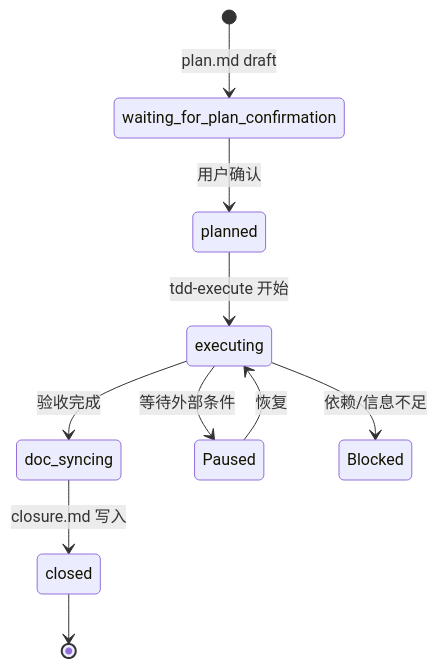
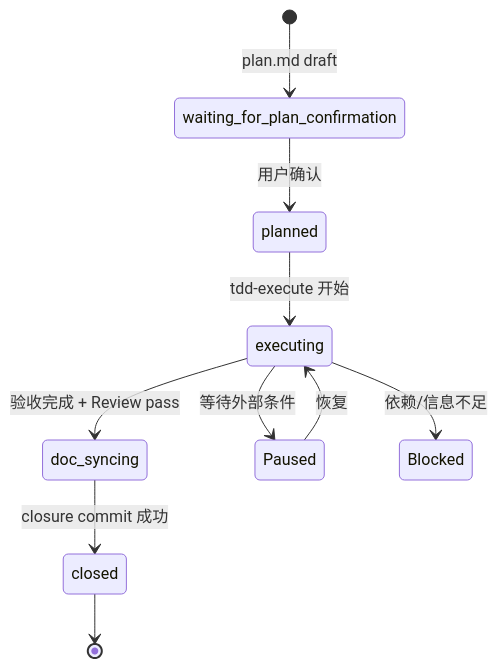
The fourth of 5 diagrams in docs/share/workflow-and-design.md (yomij/doc-loom-least), drawn with Mermaid before and after one commit. The commit also changed other lines of this file and 7 other files, not shown here.

````diff
--- a/docs/share/workflow-and-design.md
+++ b/docs/share/workflow-and-design.md
@@ -203,12 +215,12 @@
 ```mermaid
 stateDiagram-v2
     [*] --> waiting_for_plan_confirmation: plan.md draft
     waiting_for_plan_confirmation --> planned: 用户确认
     planned --> executing: tdd-execute 开始
-    executing --> doc_syncing: 验收完成
-    doc_syncing --> closed: closure.md 写入
+    executing --> doc_syncing: 验收完成 + Review pass
+    doc_syncing --> closed: closure commit 成功
     executing --> Paused: 等待外部条件
     executing --> Blocked: 依赖/信息不足
     closed --> [*]
     Paused --> executing: 恢复
 ```
````
